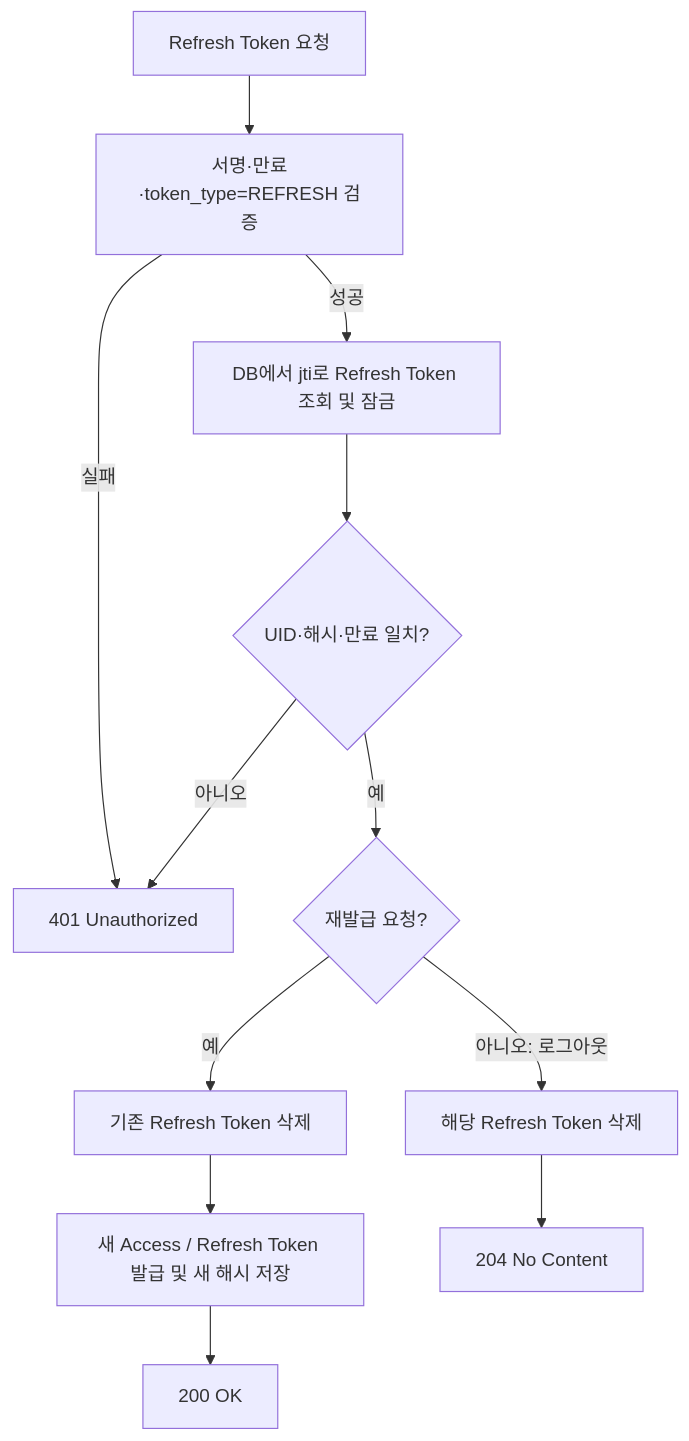
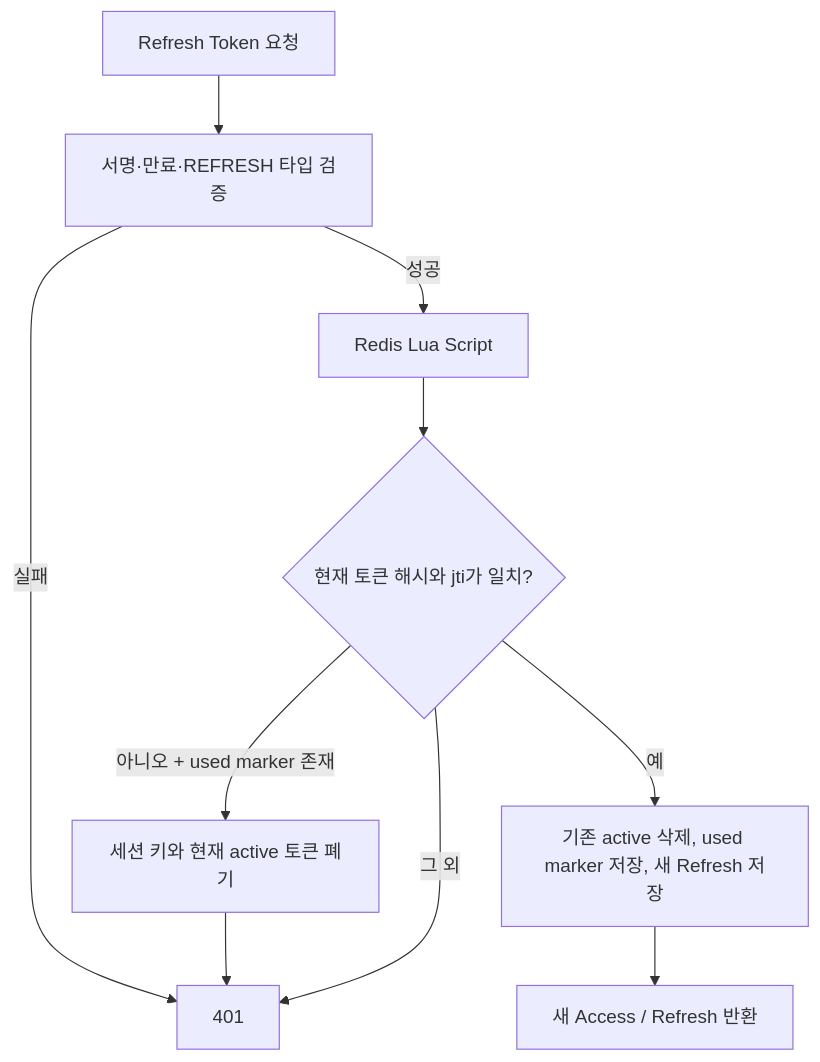
The fourth of 4 diagrams in README.md (home-pay9um/security), drawn with Mermaid before and after one commit. The commit also changed other lines of this file and 36 other files, not shown here.

````diff
--- a/README.md
+++ b/README.md
@@ -158,14 +142,12 @@
 ```mermaid
 flowchart TD
-    Request[Refresh Token 요청] --> Verify[서명·만료·token_type=REFRESH 검증]
-    Verify -->|실패| Unauthorized[401 Unauthorized]
-    Verify -->|성공| Lookup[DB에서 jti로 Refresh Token 조회 및 잠금]
-    Lookup --> Match{UID·해시·만료 일치?}
-    Match -->|아니오| Unauthorized
-    Match -->|예| Reissue{재발급 요청?}
-    Reissue -->|예| Delete[기존 Refresh Token 삭제]
-    Delete --> Issue[새 Access / Refresh Token 발급 및 새 해시 저장]
-    Issue --> Response[200 OK]
-    Reissue -->|아니오: 로그아웃| Logout[해당 Refresh Token 삭제]
-    Logout --> NoContent[204 No Content]
+    Request[Refresh Token 요청] --> Verify[서명·만료·REFRESH 타입 검증]
+    Verify -->|실패| Unauthorized[401]
+    Verify -->|성공| Atomic[Redis Lua Script]
+    Atomic --> Match{현재 토큰 해시와 jti가 일치?}
+    Match -->|예| Rotate[기존 active 삭제, used marker 저장, 새 Refresh 저장]
+    Rotate --> Response[새 Access / Refresh 반환]
+    Match -->|아니오 + used marker 존재| Replay[세션 키와 현재 active 토큰 폐기]
+    Replay --> Unauthorized
+    Match -->|그 외| Unauthorized
 ```
````
